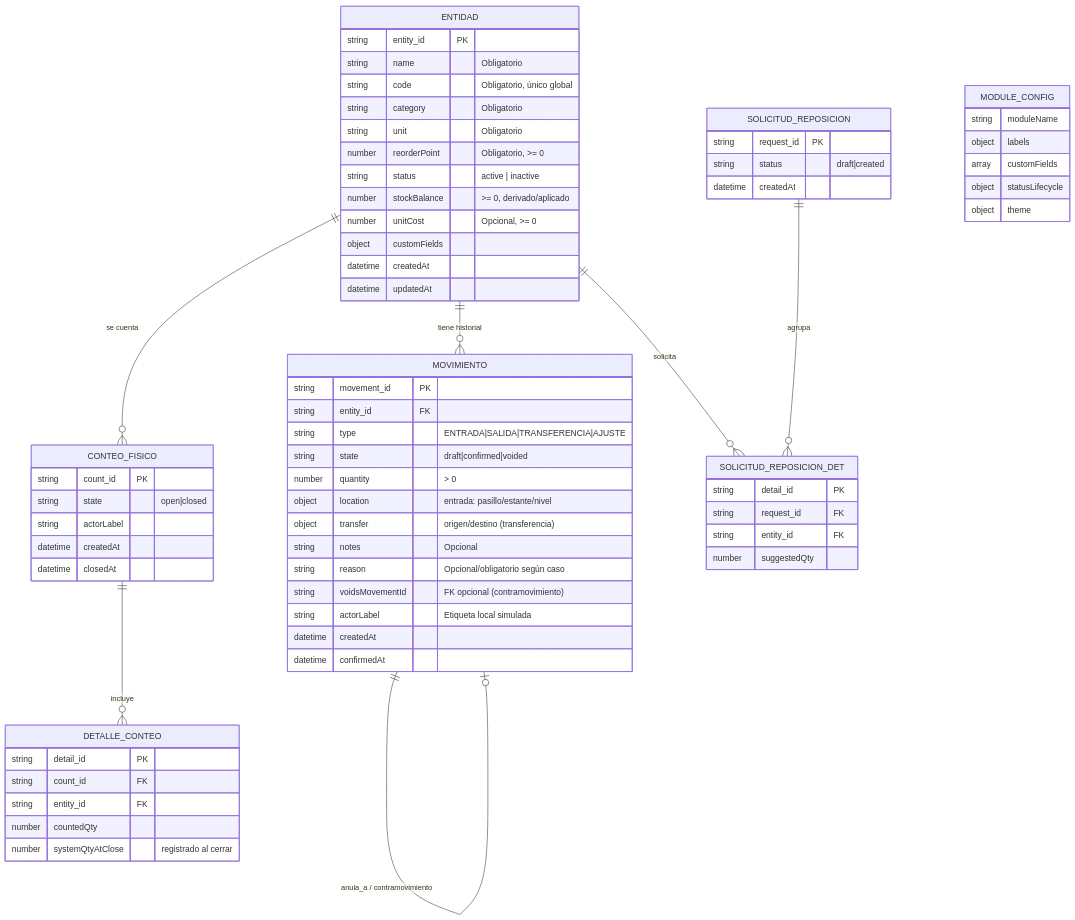
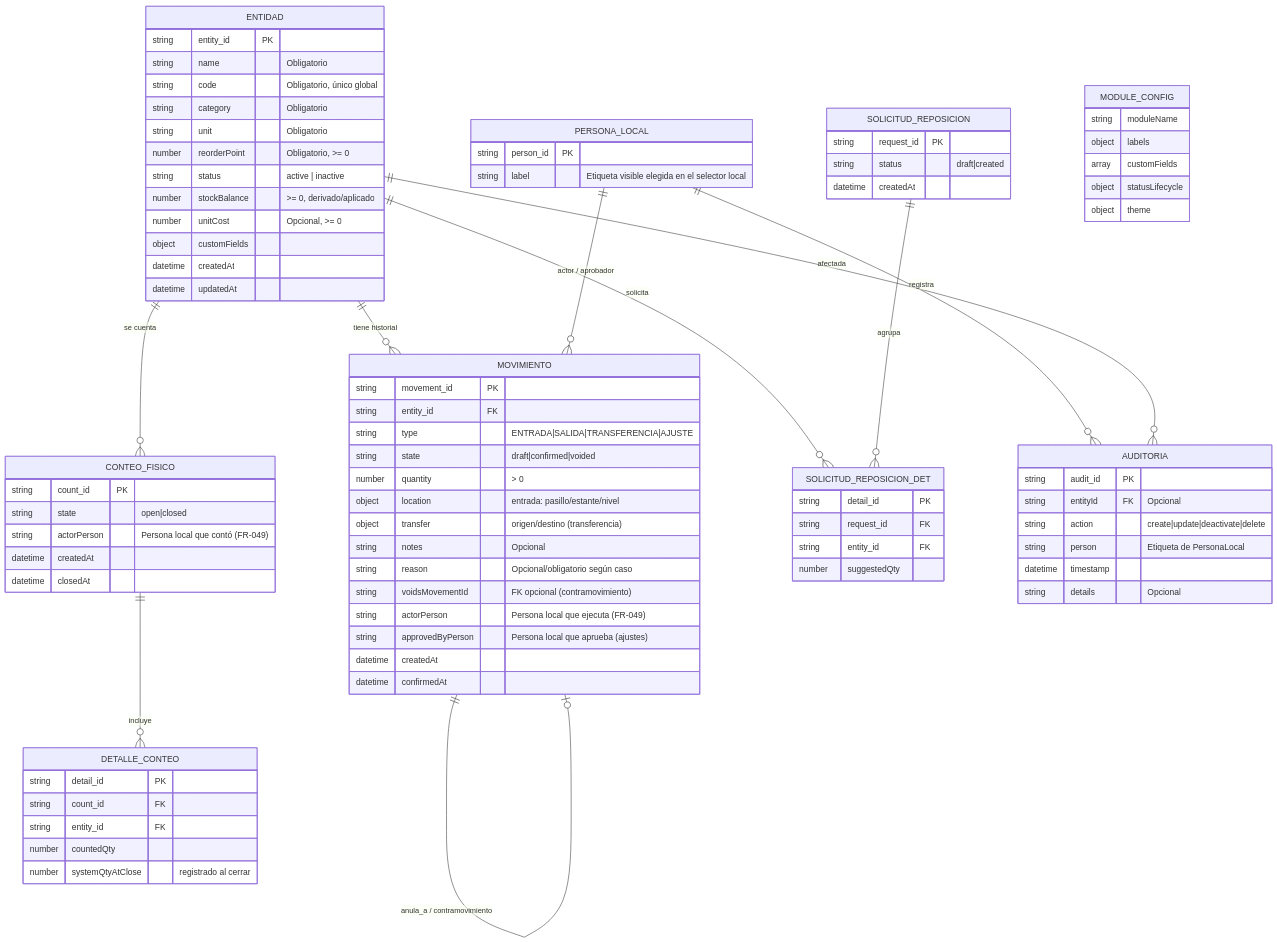
The diagram in specs/001-erp-base-module/data-model.md (MDS-BI/Grupo-03), drawn with Mermaid before and after one commit. The commit also changed other lines of this file and 27 other files, not shown here.

```diff
--- a/specs/001-erp-base-module/data-model.md
+++ b/specs/001-erp-base-module/data-model.md
@@ -14,6 +14,9 @@
     ENTIDAD ||--o{ SOLICITUD_REPOSICION_DET : "solicita"
     SOLICITUD_REPOSICION ||--o{ SOLICITUD_REPOSICION_DET : "agrupa"
     MOVIMIENTO ||--o| MOVIMIENTO : "anula_a / contramovimiento"
+    PERSONA_LOCAL ||--o{ MOVIMIENTO : "actor / aprobador"
+    PERSONA_LOCAL ||--o{ AUDITORIA : "registra"
+    ENTIDAD ||--o{ AUDITORIA : "afectada"
 
     ENTIDAD {
         string entity_id PK
@@ -41,15 +44,30 @@
         string notes "Opcional"
         string reason "Opcional/obligatorio según caso"
         string voidsMovementId "FK opcional (contramovimiento)"
-        string actorLabel "Etiqueta local simulada"
+        string actorPerson "Persona local que ejecuta (FR-049)"
+        string approvedByPerson "Persona local que aprueba (ajustes)"
         datetime createdAt
         datetime confirmedAt
+    }
+
+    PERSONA_LOCAL {
+        string person_id PK
+        string label "Etiqueta visible elegida en el selector local"
+    }
+
+    AUDITORIA {
+        string audit_id PK
+        string entityId FK "Opcional"
+        string action "create|update|deactivate|delete"
+        string person "Etiqueta de PersonaLocal"
+        datetime timestamp
+        string details "Opcional"
     }
 
     CONTEO_FISICO {
         string count_id PK
         string state "open|closed"
-        string actorLabel
+        string actorPerson "Persona local que contó (FR-049)"
         datetime createdAt
         datetime closedAt
     }
```
